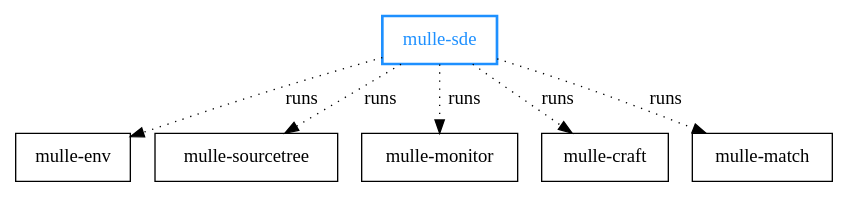
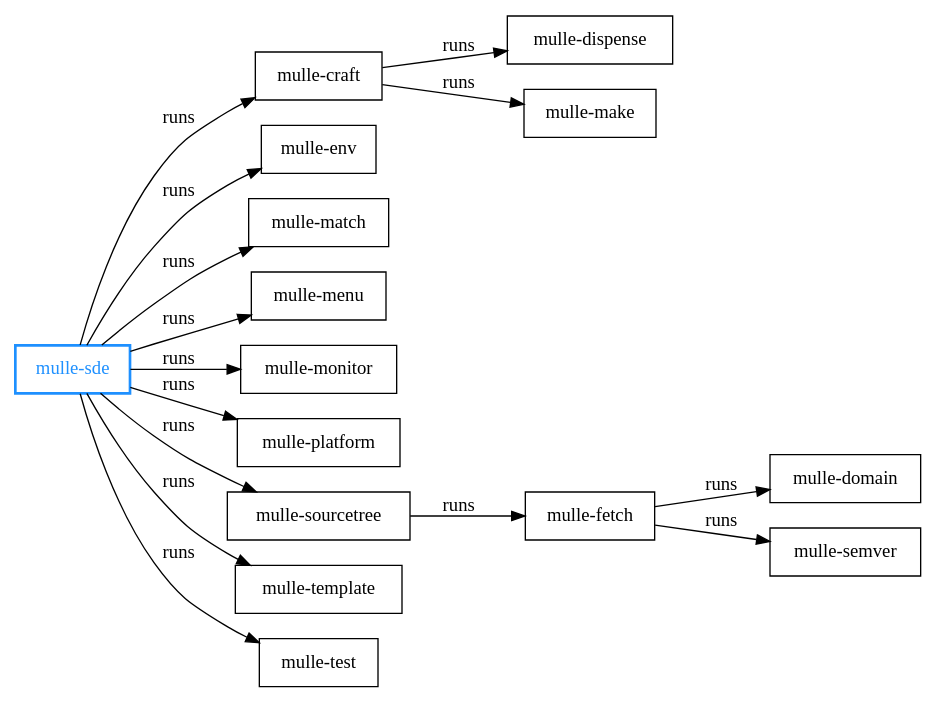
The diagram in dox/mulle-sde-overview.dot (mulle-sde/mulle-sde), drawn with Graphviz before and after one commit. The commit also changed 10 other files, not shown here.

```diff
--- a/dox/mulle-sde-overview.dot
+++ b/dox/mulle-sde-overview.dot
@@ -1,14 +1,23 @@
 digraph G {
-    graph [rankdir = TD];
+    graph [rankdir = LR];
 
     node[ shape=record];
-    edge [ label=" runs", style="dotted" ]
+    edge [ label=" runs" ]
 
-    "mulle-sde" -> "mulle-env"
-    "mulle-sde" -> "mulle-sourcetree"
-    "mulle-sde" -> "mulle-monitor"
-    "mulle-sde" -> "mulle-craft"
-    "mulle-sde" -> "mulle-match"
+    "mulle-craft" -> "mulle-dispense"
+    "mulle-craft" -> "mulle-make"
+    "mulle-fetch" -> "mulle-domain"
+    "mulle-fetch" -> "mulle-semver"
+    "mulle-sde"   -> "mulle-craft"
+    "mulle-sde"   -> "mulle-env"
+    "mulle-sde"   -> "mulle-match"
+    "mulle-sde"   -> "mulle-menu"
+    "mulle-sde"   -> "mulle-monitor"
+    "mulle-sde"   -> "mulle-platform"
+    "mulle-sde"   -> "mulle-sourcetree"
+    "mulle-sde"   -> "mulle-template"
+    "mulle-sde"   -> "mulle-test"
+    "mulle-sourcetree" -> "mulle-fetch"
 
     "mulle-sde"   [ color="dodgerblue"; fontcolor="dodgerblue"; penwidth="2"]
 }
```
